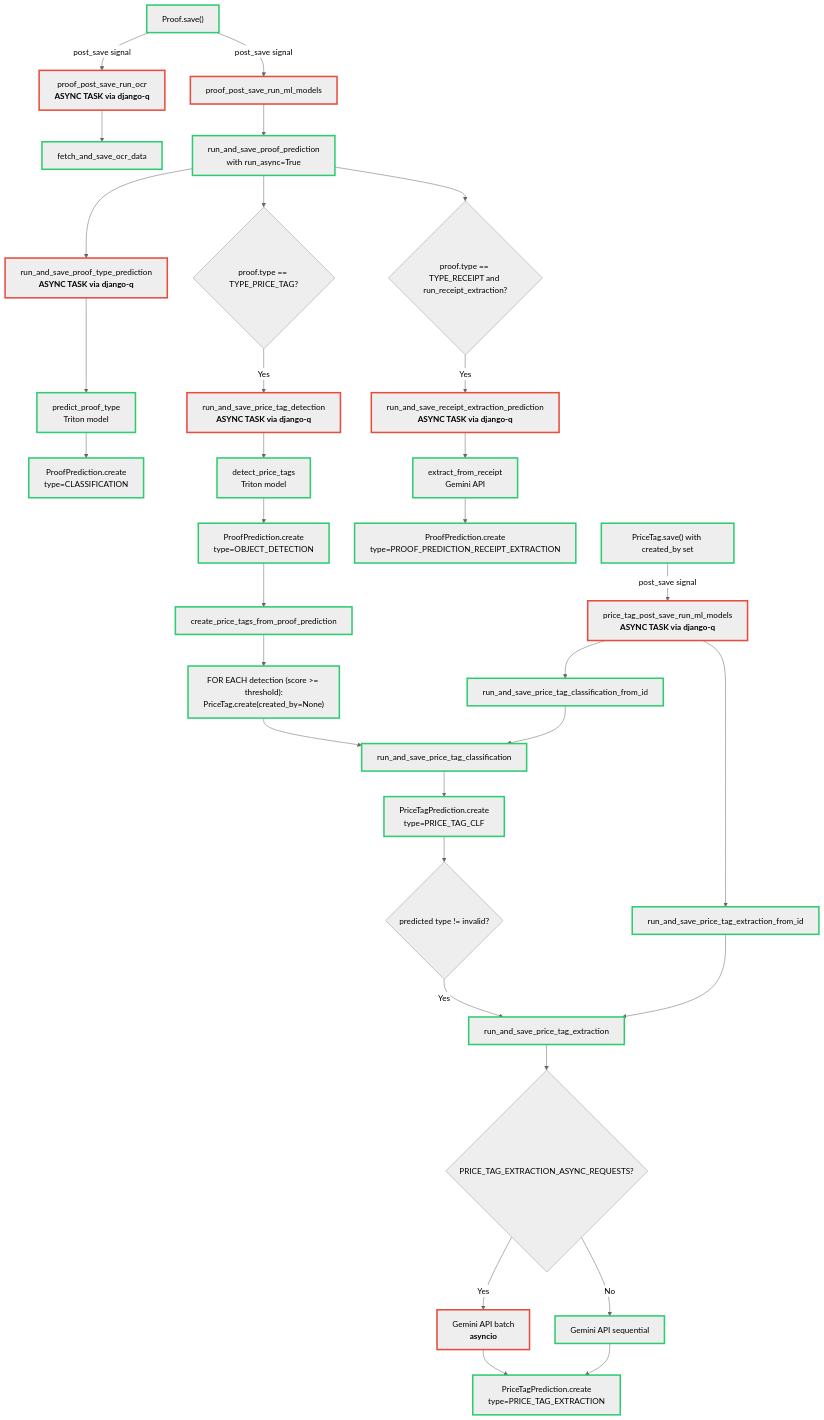
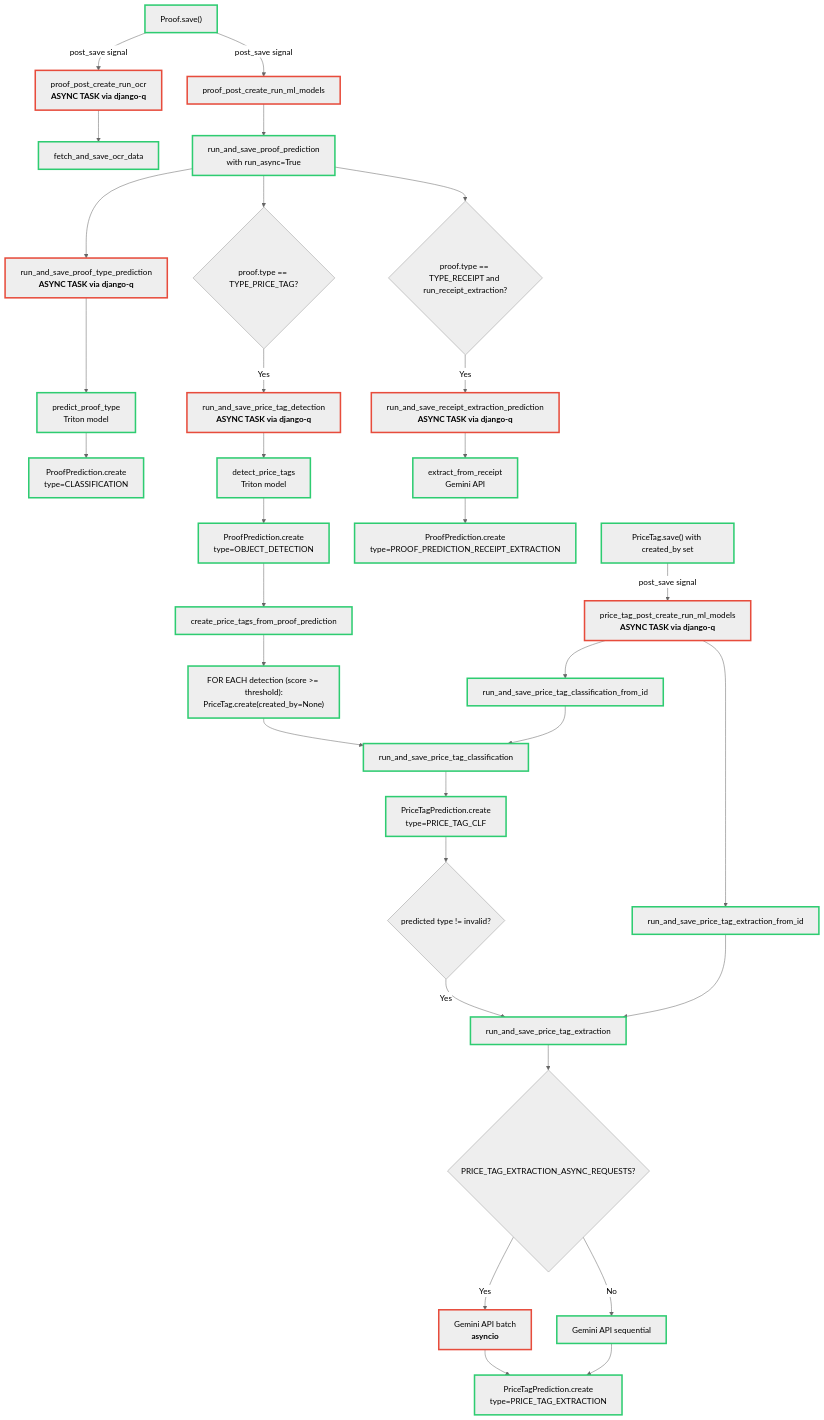
Before and after one commit to openfoodfacts/open-prices: the diagram in docs/topics/ai/proof-prediction-flow.md, drawn with Mermaid (neutral theme). The commit also changed 5 other files, not shown here.

Commit message:
refactor(Proofs): PriceTags: run ML in post_save instead of proof-specific code

````diff
--- a/docs/topics/ai/proof-prediction-flow.md
+++ b/docs/topics/ai/proof-prediction-flow.md
@@ -7,66 +7,66 @@
 ```mermaid
 graph TD
-    A["Proof.save()"] -->|"post_save signal"| B["proof_post_save_run_ocr<br/><b>ASYNC TASK via django-q</b>"]
-    A -->|"post_save signal"| C["proof_post_save_run_ml_models"]
+    A["Proof.save()"] -->|"post_save signal"| B["proof_post_create_run_ocr<br/><b>ASYNC TASK via django-q</b>"]
+    A -->|"post_save signal"| C["proof_post_create_run_ml_models"]
 
     B --> B1["fetch_and_save_ocr_data"]
 
     C --> D["run_and_save_proof_prediction<br/>with run_async=True"]
     D --> E["run_and_save_proof_type_prediction<br/><b>ASYNC TASK via django-q</b>"]
     E --> E1["predict_proof_type<br/>Triton model"]
     E1 --> E2["ProofPrediction.create<br/>type=CLASSIFICATION"]
 
     D --> F{"proof.type == TYPE_PRICE_TAG?"}
     F -->|"Yes"| G["run_and_save_price_tag_detection<br/><b>ASYNC TASK via django-q</b>"]
     G --> G1["detect_price_tags<br/>Triton model"]
     G1 --> G2["ProofPrediction.create<br/>type=OBJECT_DETECTION"]
     G2 --> G3["create_price_tags_from_proof_prediction"]
     G3 --> G4["FOR EACH detection (score >= threshold):<br/>PriceTag.create(created_by=None)"]
     G4 --> G5["run_and_save_price_tag_classification"]
     G5 --> G6["PriceTagPrediction.create<br/>type=PRICE_TAG_CLF"]
     G6 --> G7{"predicted type != invalid?"}
     G7 -->|"Yes"| H["run_and_save_price_tag_extraction"]
     H --> H1{PRICE_TAG_EXTRACTION_ASYNC_REQUESTS?}
     H1 -->|"Yes"| H2["Gemini API batch<br/><b>asyncio</b>"]
     H1 -->|"No"| H3["Gemini API sequential"]
     H2 --> H4["PriceTagPrediction.create<br/>type=PRICE_TAG_EXTRACTION"]
     H3 --> H4
 
     D --> I{"proof.type == TYPE_RECEIPT and run_receipt_extraction?"}
     I -->|"Yes"| J["run_and_save_receipt_extraction_prediction<br/><b>ASYNC TASK via django-q</b>"]
     J --> J1["extract_from_receipt<br/>Gemini API"]
     J1 --> J2["ProofPrediction.create<br/>type=PROOF_PREDICTION_RECEIPT_EXTRACTION"]
 
-    K["PriceTag.save() with created_by set"] -->|"post_save signal"| L["price_tag_post_save_run_ml_models<br/><b>ASYNC TASK via django-q</b>"]
+    K["PriceTag.save() with created_by set"] -->|"post_save signal"| L["price_tag_post_create_run_ml_models<br/><b>ASYNC TASK via django-q</b>"]
     L --> L1["run_and_save_price_tag_classification_from_id"]
     L --> L2["run_and_save_price_tag_extraction_from_id"]
     L1 --> G5
     L2 --> H
 
     style A stroke:#2ecc71,stroke-width:3px
     style B stroke:#e74c3c,stroke-width:3px
     style B1 stroke:#2ecc71,stroke-width:3px
     style C stroke:#e74c3c,stroke-width:3px
     style D stroke:#2ecc71,stroke-width:3px
     style E stroke:#e74c3c,stroke-width:3px
     style E1 stroke:#2ecc71,stroke-width:3px
     style E2 stroke:#2ecc71,stroke-width:3px
     style G stroke:#e74c3c,stroke-width:3px
     style G1 stroke:#2ecc71,stroke-width:3px
     style G2 stroke:#2ecc71,stroke-width:3px
     style G3 stroke:#2ecc71,stroke-width:3px
     style G4 stroke:#2ecc71,stroke-width:3px
     style G5 stroke:#2ecc71,stroke-width:3px
     style G6 stroke:#2ecc71,stroke-width:3px
     style H stroke:#2ecc71,stroke-width:3px
     style H2 stroke:#e74c3c,stroke-width:3px
     style H3 stroke:#2ecc71,stroke-width:3px
     style H4 stroke:#2ecc71,stroke-width:3px
     style J stroke:#e74c3c,stroke-width:3px
     style J1 stroke:#2ecc71,stroke-width:3px
     style J2 stroke:#2ecc71,stroke-width:3px
     style K stroke:#2ecc71,stroke-width:3px
     style L stroke:#e74c3c,stroke-width:3px
     style L1 stroke:#2ecc71,stroke-width:3px
     style L2 stroke:#2ecc71,stroke-width:3px
 ```
````
